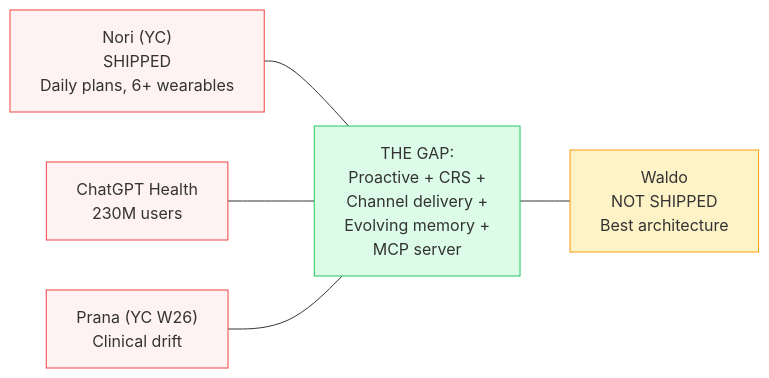
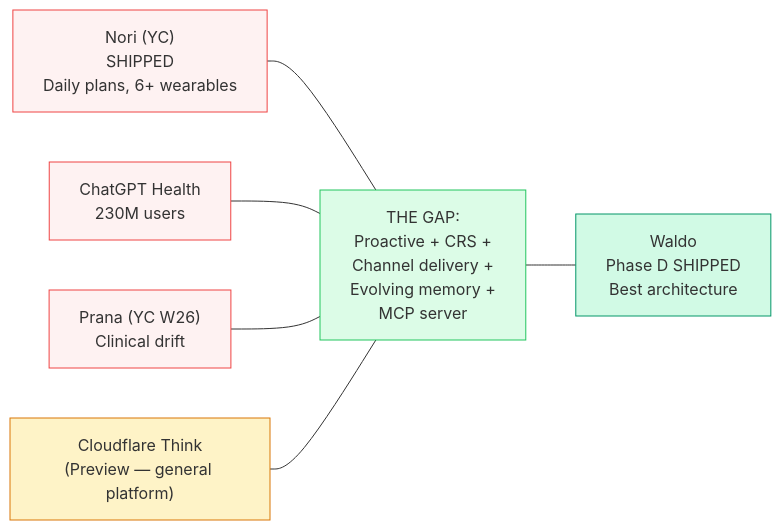
The diagram in docs-site/upgrade-report.md (Pin4sf/Waldo), drawn with Mermaid before and after one commit. The commit also changed other lines of this file and 2 other files, not shown here.

````diff
--- a/docs-site/upgrade-report.md
+++ b/docs-site/upgrade-report.md
@@ -87,13 +116,15 @@
 ```mermaid
 graph LR
     NORI["Nori (YC)<br/>SHIPPED<br/>Daily plans, 6+ wearables"] --- GAP["THE GAP:<br/>Proactive + CRS +<br/>Channel delivery +<br/>Evolving memory +<br/>MCP server"]
-    GAP --- WALDO["Waldo<br/>NOT SHIPPED<br/>Best architecture"]
+    GAP --- WALDO["Waldo<br/>Phase D SHIPPED<br/>Best architecture"]
     CHAT["ChatGPT Health<br/>230M users"] --- GAP
     PRANA["Prana (YC W26)<br/>Clinical drift"] --- GAP
+    CF["Cloudflare Think<br/>(Preview — general platform)"] --- GAP
 
     style NORI fill:#fef2f2,stroke:#ef4444
     style GAP fill:#dcfce7,stroke:#22c55e
-    style WALDO fill:#fef3c7,stroke:#f59e0b
+    style WALDO fill:#d1fae5,stroke:#059669
     style CHAT fill:#fef2f2,stroke:#ef4444
     style PRANA fill:#fef2f2,stroke:#ef4444
+    style CF fill:#fef3c7,stroke:#d97706
 ```
````
